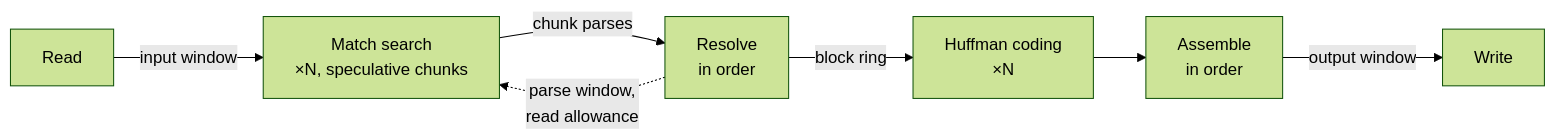
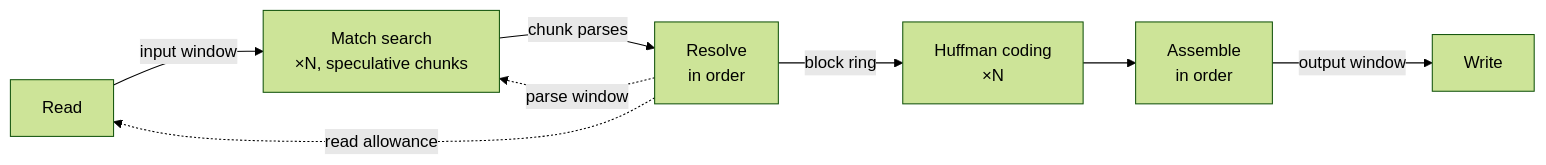
The diagram in ctDeflate/docs/images/step-5-window.mmd (ThinkMeta-com/ThinkMeta.ConcurrentTasks.Samples), drawn with Mermaid (forest theme) before and after one commit. The commit also changed 700 other files, not shown here.

```diff
--- a/ctDeflate/docs/images/step-5-window.mmd
+++ b/ctDeflate/docs/images/step-5-window.mmd
@@ -1,8 +1,9 @@
 flowchart LR
     R["Read"] -- "input window" --> P["Match search<br/>×N, speculative chunks"]
     P -- "chunk parses" --> V["Resolve<br/>in order"]
     V -- "block ring" --> E["Huffman coding<br/>×N"]
     E --> S["Assemble<br/>in order"]
     S -- "output window" --> W["Write"]
-    V -. "parse window,<br/>read allowance" .-> P
+    V -. "parse window" .-> P
+    V -. "read allowance" .-> R
     P ~~~ V
```
